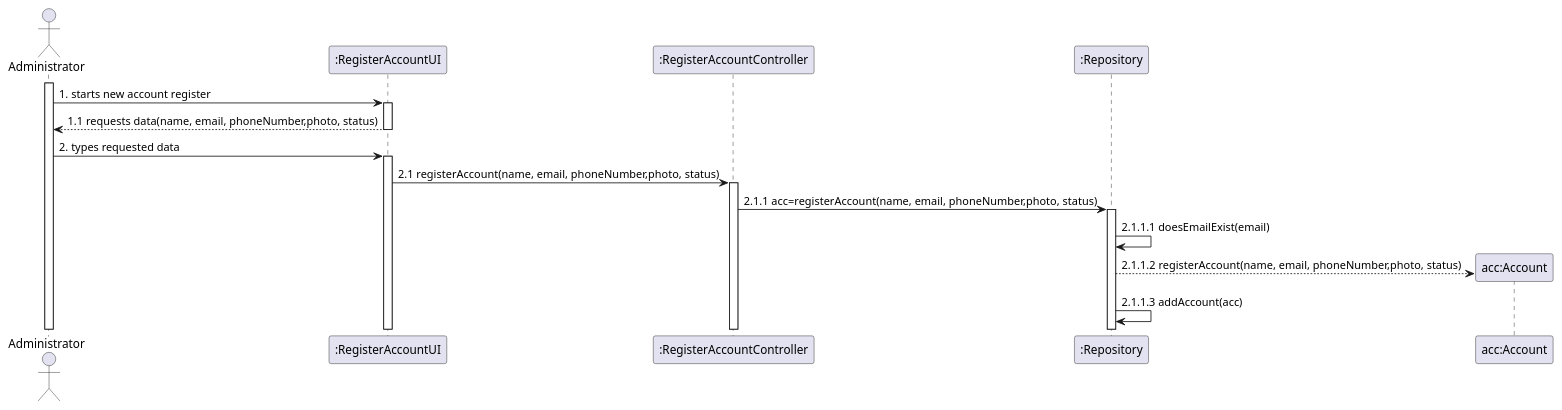
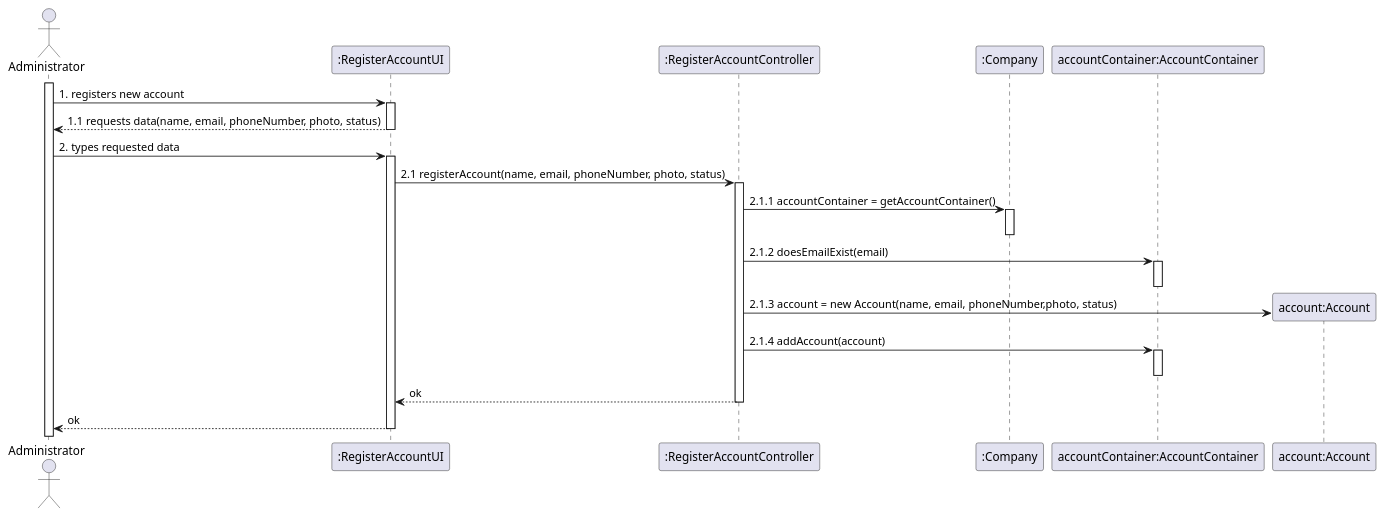
The diagram in docs/modelling_design/user_stories/us002/US002_Sequence_Diagram.puml (Loracline/project_switch_22-23), drawn with PlantUML before and after one commit.

Commit message:
US002: Design: Updated sequence diagram

```diff
--- a/docs/modelling_design/user_stories/us002/US002_Sequence_Diagram.puml
+++ b/docs/modelling_design/user_stories/us002/US002_Sequence_Diagram.puml
@@ -1,25 +1,34 @@
 @startuml
 actor Administrator
 participant ":RegisterAccountUI" as ui
 participant ":RegisterAccountController" as controller
-participant ":Repository" as repository
-participant "acc:Account" as account
-
+participant ":Company" as comp
+participant "accountContainer:AccountContainer" as AC
+participant "account:Account" as account
 activate Administrator
-Administrator -> ui: 1. starts new account register
+Administrator -> ui: 1. registers new account
 activate ui
-ui --> Administrator: 1.1 requests data(name, email, phoneNumber,photo, status)
+ui --> Administrator: 1.1 requests data(name, email, phoneNumber, photo, status)
 deactivate ui
 Administrator -> ui: 2. types requested data
 activate ui
-ui -> controller: 2.1 registerAccount(name, email, phoneNumber,photo, status)
+ui -> controller: 2.1 registerAccount(name, email, phoneNumber, photo, status)
 activate controller
-controller -> repository: 2.1.1 acc=registerAccount(name, email, phoneNumber,photo, status)
-activate repository
-repository -> repository: 2.1.1.1 doesEmailExist(email)
+controller -> comp: 2.1.1 accountContainer = getAccountContainer()
+activate comp
+deactivate comp
+controller -> AC: 2.1.2 doesEmailExist(email)
+activate AC
+deactivate AC
 create account
-
-repository --> account: 2.1.1.2 registerAccount(name, email, phoneNumber,photo, status)
-repository -> repository: 2.1.1.3 addAccount(acc)
-
+controller -> account: 2.1.3 account = new Account(name, email, phoneNumber,photo, status)
+/'activate account
+deactivate account'/
+controller -> AC: 2.1.4 addAccount(account)
+activate AC
+deactivate AC
+controller --> ui: ok
+deactivate controller
+ui--> Administrator: ok
+deactivate ui
 @enduml
```
